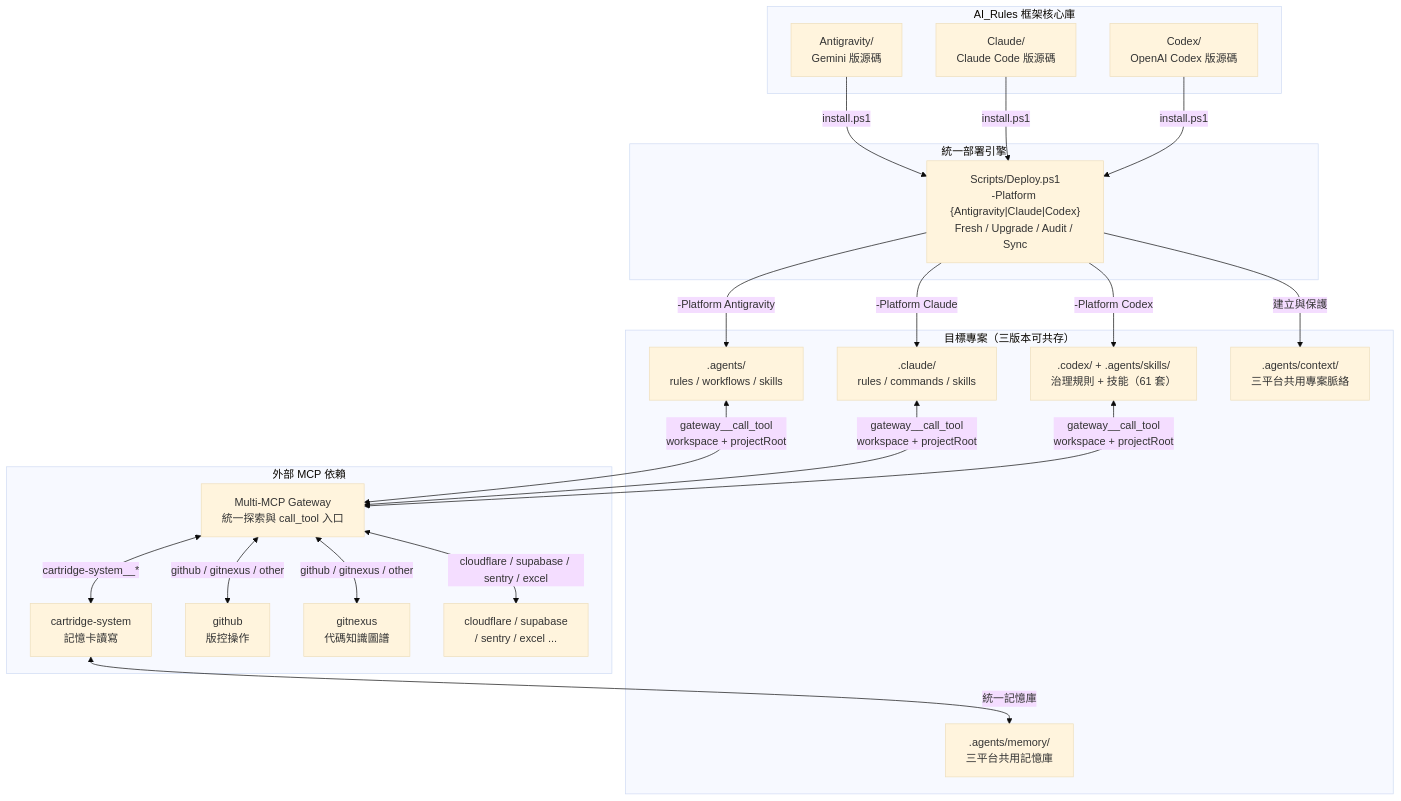
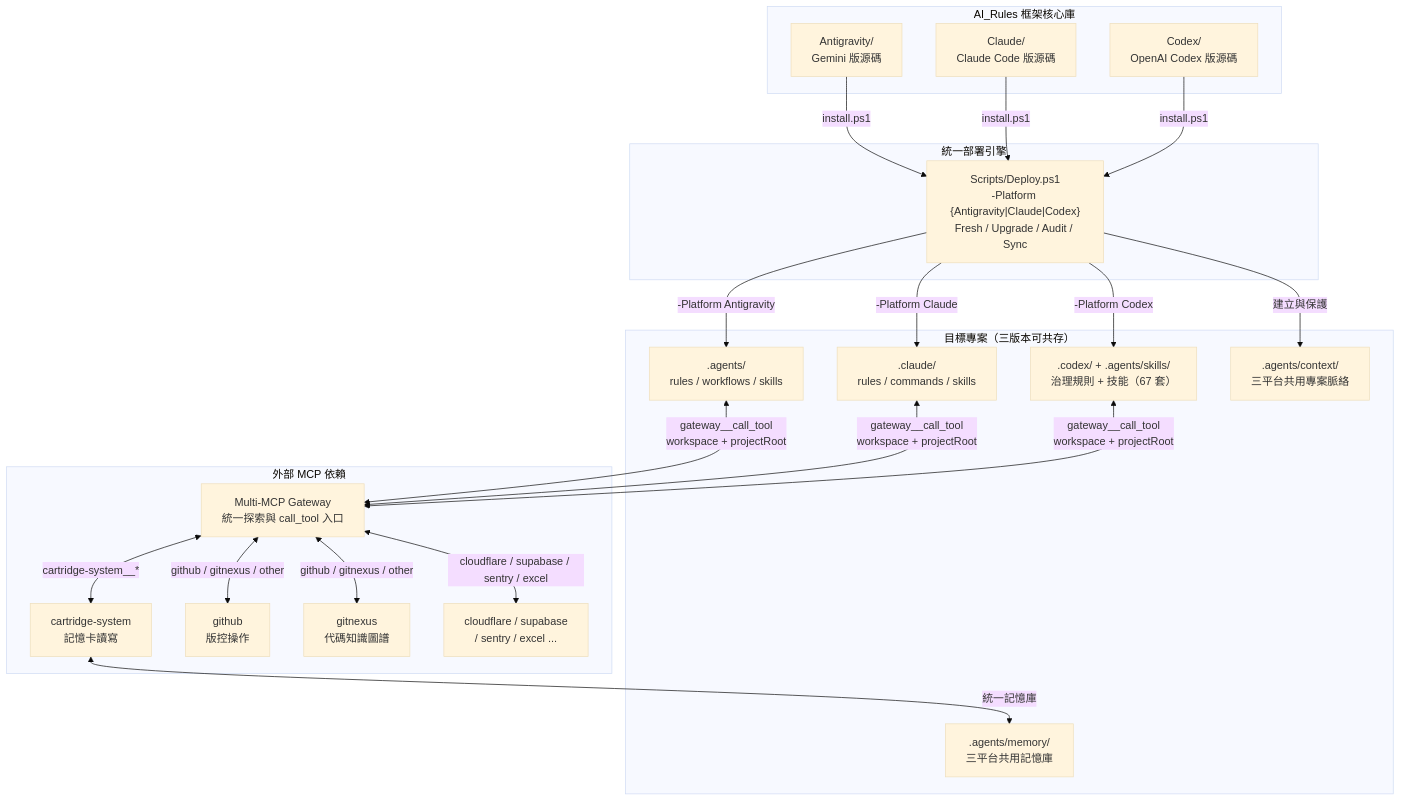
One commit to Kunshao1117/AI_Rules changed the first of 3 diagrams in README.md. Above: the diagram before and after it, drawn with Mermaid (base theme). The commit also changed other lines of this file and 88 other files, not shown here.

````diff
--- a/README.md
+++ b/README.md
@@ -256,44 +257,44 @@
 ```mermaid
 graph TB
     subgraph "AI_Rules 框架核心庫"
         AG["Antigravity/<br/>Gemini 版源碼"]
         CL["Claude/<br/>Claude Code 版源碼"]
         CX["Codex/<br/>OpenAI Codex 版源碼"]
     end
 
     subgraph "統一部署引擎"
         DEPLOY["Scripts/Deploy.ps1<br/>-Platform {Antigravity|Claude|Codex}<br/>Fresh / Upgrade / Audit / Sync"]
     end
 
     subgraph "目標專案（三版本可共存）"
         AGE[".agents/<br/>rules / workflows / skills"]
         CLE[".claude/<br/>rules / commands / skills"]
-        CXE[".codex/ + .agents/skills/<br/>治理規則 + 技能（61 套）"]
+        CXE[".codex/ + .agents/skills/<br/>治理規則 + 技能（67 套）"]
         MEM[".agents/memory/<br/>三平台共用記憶庫"]
         CTX[".agents/context/<br/>三平台共用專案脈絡"]
     end
 
     subgraph "外部 MCP 依賴"
         GW["Multi-MCP Gateway<br/>統一探索與 call_tool 入口"]
         CART["cartridge-system<br/>記憶卡讀寫"]
         GH["github<br/>版控操作"]
         GN["gitnexus<br/>代碼知識圖譜"]
         OTHER["cloudflare / supabase<br/>/ sentry / excel ..."]
     end
 
     AG -->|"install.ps1"| DEPLOY
     CL -->|"install.ps1"| DEPLOY
     CX -->|"install.ps1"| DEPLOY
     DEPLOY -->|"-Platform Antigravity"| AGE
     DEPLOY -->|"-Platform Claude"| CLE
     DEPLOY -->|"-Platform Codex"| CXE
     AGE <-->|"gateway__call_tool<br/>workspace + projectRoot"| GW
     CLE <-->|"gateway__call_tool<br/>workspace + projectRoot"| GW
     CXE <-->|"gateway__call_tool<br/>workspace + projectRoot"| GW
     GW <-->|"cartridge-system__*"| CART
     GW <-->|"github / gitnexus / other"| GH
     GW <-->|"github / gitnexus / other"| GN
     GW <-->|"cloudflare / supabase / sentry / excel"| OTHER
     CART <-->|"統一記憶庫"| MEM
     DEPLOY -->|"建立與保護"| CTX
 ```
````
